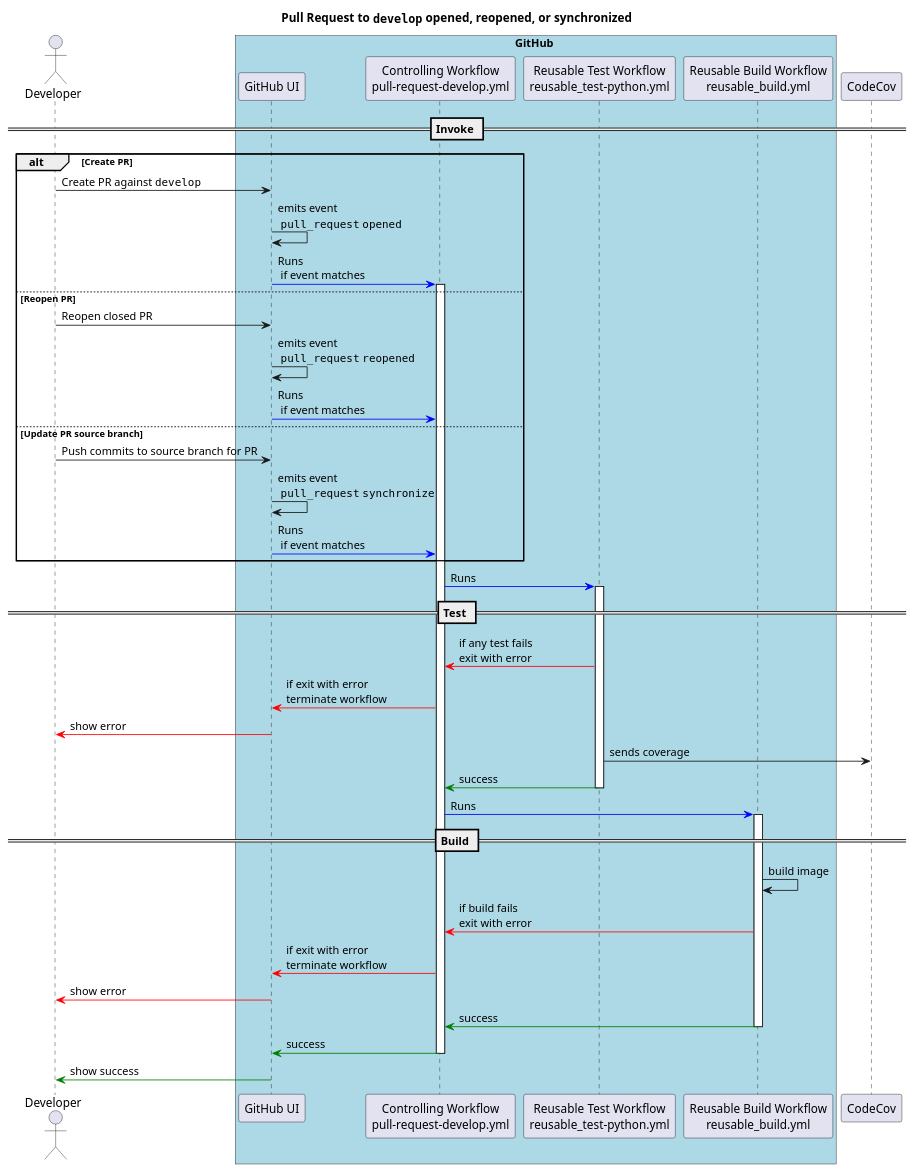
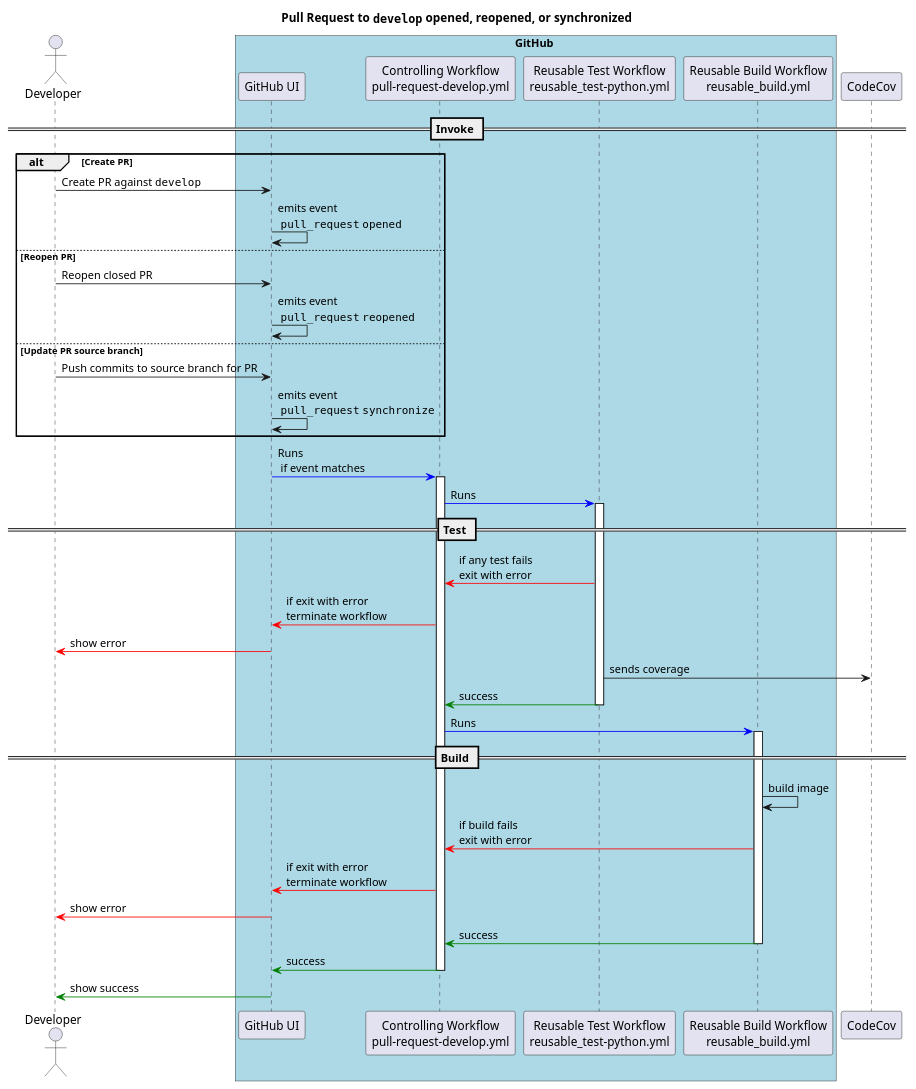
One commit to kbase/sample_service changed the diagram in docs/gha/diagrams/pull-request-develop-sequence.puml. Above: the diagram before and after it, drawn with PlantUML. The commit also changed 1 other file, not shown here.

Commit message:
add another mermaid diagram (iterating to see on github) [SAM-238]

```diff
--- a/docs/gha/diagrams/pull-request-develop-sequence.puml
+++ b/docs/gha/diagrams/pull-request-develop-sequence.puml
@@ -1,57 +1,57 @@
 @startuml
 
 actor Developer
 box GitHub #LightBlue
 participant "GitHub UI" as GH
 participant "Controlling Workflow\npull-request-develop.yml" as Workflow
 participant "Reusable Test Workflow\nreusable_test-python.yml" as TestWorkflow
 participant "Reusable Build Workflow\nreusable_build.yml" as BuildWorkflow
 end box
 participant CodeCov
 
 title Pull Request to ""develop"" opened, reopened, or synchronized
 
 == Invoke ==
 alt Create PR
 Developer -> GH: Create PR against ""develop""
 GH -> GH: emits event\n ""pull_request"" ""opened""
-GH -[#blue]> Workflow: Runs\n if event matches
-activate Workflow
 else Reopen PR
 Developer -> GH: Reopen closed PR
 GH -> GH: emits event\n ""pull_request"" ""reopened""
-GH -[#blue]> Workflow: Runs\n if event matches
 else Update PR source branch
 Developer -> GH: Push commits to source branch for PR
 GH -> GH: emits event\n ""pull_request"" ""synchronize""
-GH -[#blue]> Workflow: Runs\n if event matches
 end
 
+
+GH -[#blue]> Workflow: Runs\n if event matches
+
+activate Workflow
 Workflow -[#blue]> TestWorkflow: Runs
 
 == Test ==
 activate TestWorkflow
 TestWorkflow -[#red]> Workflow : if any test fails\nexit with error
 Workflow -[#red]> GH: if exit with error\nterminate workflow
 GH -[#red]> Developer: show error
 TestWorkflow -> "CodeCov": sends coverage
 TestWorkflow -[#green]> Workflow: success
 deactivate TestWorkflow
 
 Workflow -[#blue]> BuildWorkflow: Runs
 
 == Build ==
 activate BuildWorkflow
 BuildWorkflow -> BuildWorkflow: build image
 BuildWorkflow -[#red]> Workflow: if build fails\nexit with error
 Workflow -[#red]> GH: if exit with error\nterminate workflow
 GH -[#red]> Developer: show error
 BuildWorkflow -[#green]> Workflow:success
 deactivate BuildWorkflow
 
 Workflow -[#green]> GH:success
 
 deactivate Workflow
 GH -[#green]> Developer: show success
 
 @enduml
```
